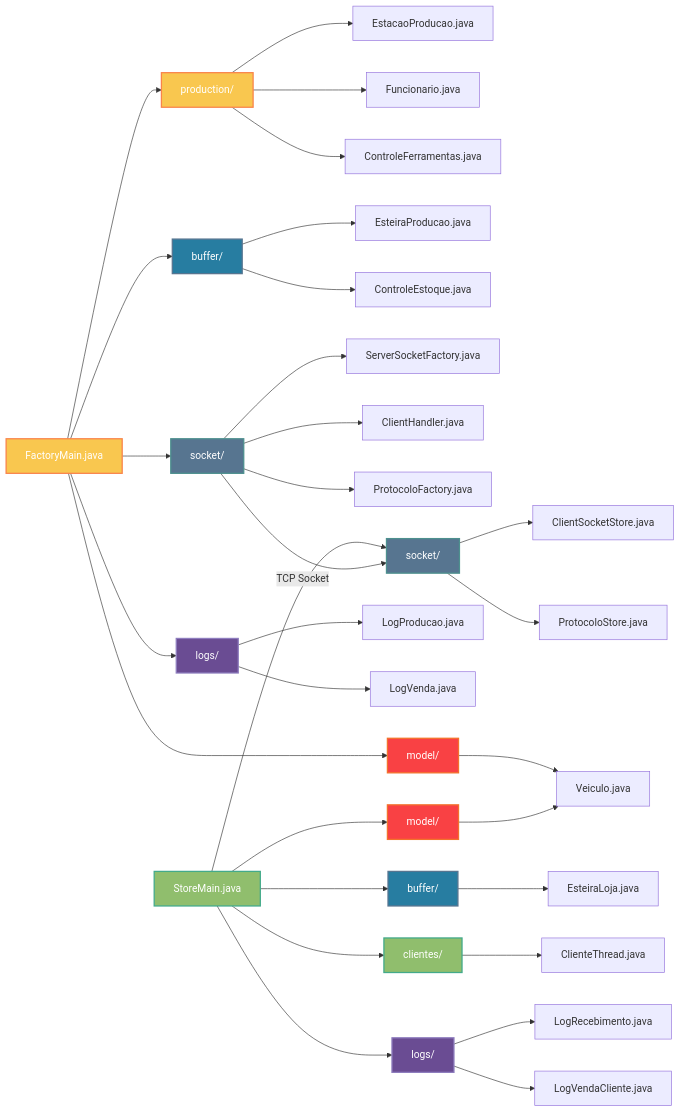
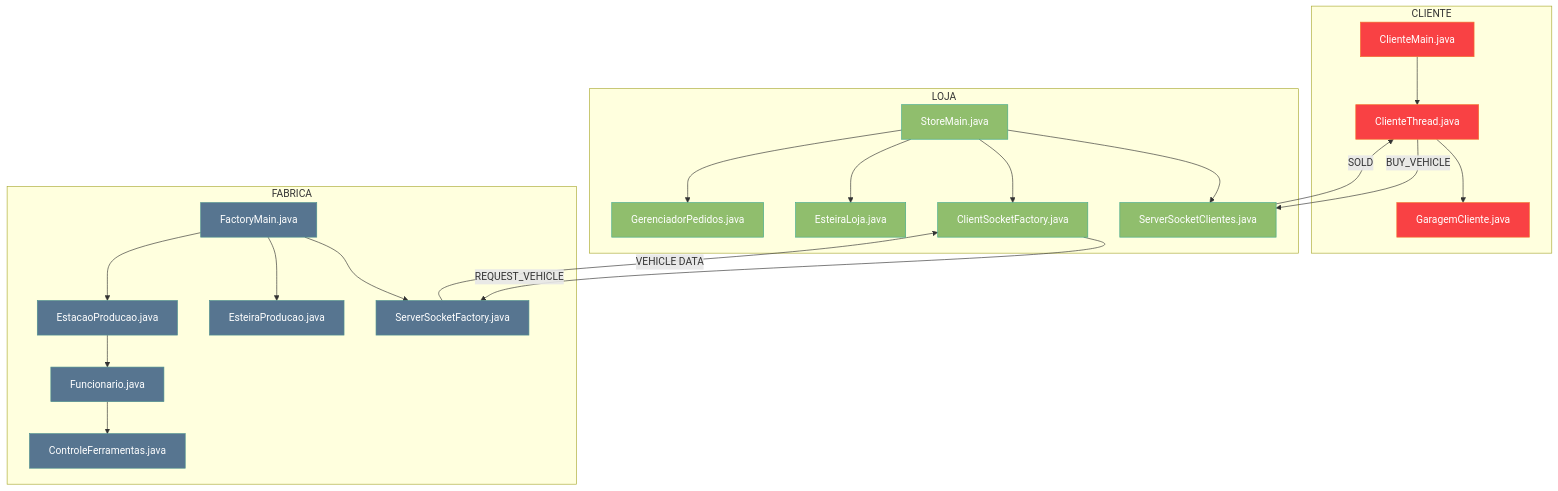
The diagram in arq.md (Well-Sonn/cadeiaDeProducao), drawn with Mermaid before and after one commit.

````diff
--- a/arq.md
+++ b/arq.md
@@ -1,72 +1,78 @@
 ```mermaid
-graph LR
+graph TD
 
     %% =========================
-    %% PROGRAMA FÁBRICA
+    %% CLIENTE
     %% =========================
-    A[FactoryMain.java] --> B[production/]
-    B --> EstacaoProducao.java
-    B --> Funcionario.java
-    B --> ControleFerramentas.java
-
-    A --> C[buffer/]
-    C --> EsteiraProducao.java
-    C --> ControleEstoque.java
-
-    A --> D[socket/]
-    D --> ServerSocketFactory.java
-    D --> ClientHandler.java
-    D --> ProtocoloFactory.java
-
-    A --> E[model/]
-    E --> Veiculo.java
-
-    A --> F[logs/]
-    F --> LogProducao.java
-    F --> LogVenda.java
+    subgraph CLIENTE
+        C1[ClienteMain.java]
+        C2[ClienteThread.java]
+        C3[GaragemCliente.java]
+    end
 
     %% =========================
-    %% PROGRAMA LOJA
+    %% LOJA
     %% =========================
-    G[StoreMain.java] --> H[socket/]
-    H --> ClientSocketStore.java
-    H --> ProtocoloStore.java
-
-    G --> I[buffer/]
-    I --> EsteiraLoja.java
-
-    G --> J[clientes/]
-    J --> ClienteThread.java
-
-    G --> K[model/]
-    K --> Veiculo.java
-
-    G --> L[logs/]
-    L --> LogRecebimento.java
-    L --> LogVendaCliente.java
+    subgraph LOJA
+        L1[StoreMain.java]
+        L2[ServerSocketClientes.java]
+        L3[ClientSocketFactory.java]
+        L4[EsteiraLoja.java]
+        L5[GerenciadorPedidos.java]
+    end
 
     %% =========================
-    %% COMUNICAÇÃO
+    %% FABRICA
     %% =========================
-    D -->|TCP Socket| H
+    subgraph FABRICA
+        F1[FactoryMain.java]
+        F2[ServerSocketFactory.java]
+        F3[EsteiraProducao.java]
+        F4[EstacaoProducao.java]
+        F5[Funcionario.java]
+        F6[ControleFerramentas.java]
+    end
 
     %% =========================
-    %% CLASSES VISUAIS
+    %% FLUXO INTERNO CLIENTE
     %% =========================
-    classDef factory fill:#f9c74f,stroke:#f9844a,stroke-width:2px,color:#fff;
-    classDef store fill:#90be6d,stroke:#43aa8b,stroke-width:2px,color:#fff;
-    classDef socket fill:#577590,stroke:#4d908e,stroke-width:2px,color:#fff;
-    classDef buffer fill:#277da1,stroke:#577590,stroke-width:2px,color:#fff;
-    classDef model fill:#f94144,stroke:#f3722c,stroke-width:2px,color:#fff;
-    classDef logs fill:#6a4c93,stroke:#8e7dbe,stroke-width:2px,color:#fff;
+    C1 --> C2
+    C2 --> C3
 
     %% =========================
-    %% APLICAÇÃO DAS CLASSES
+    %% FLUXO INTERNO LOJA
     %% =========================
-    class A,B,C,D,E,F factory;
-    class G,H,I,J,K,L store;
-    class D,H socket;
-    class C,I buffer;
-    class E,K model;
-    class F,L logs;
+    L1 --> L2
+    L1 --> L3
+    L1 --> L4
+    L1 --> L5
+
+    %% =========================
+    %% FLUXO INTERNO FABRICA
+    %% =========================
+    F1 --> F2
+    F1 --> F3
+    F1 --> F4
+    F4 --> F5
+    F5 --> F6
+
+    %% =========================
+    %% COMUNICAÇÃO ENTRE SISTEMAS
+    %% =========================
+    C2 -->|BUY_VEHICLE| L2
+    L3 -->|REQUEST_VEHICLE| F2
+
+    F2 -->|VEHICLE DATA| L3
+    L2 -->|SOLD| C2
+
+    %% =========================
+    %% ESTILOS
+    %% =========================
+    classDef cliente fill:#f94144,stroke:#f3722c,color:#fff;
+    classDef loja fill:#90be6d,stroke:#43aa8b,color:#fff;
+    classDef fabrica fill:#577590,stroke:#4d908e,color:#fff;
+
+    class C1,C2,C3 cliente;
+    class L1,L2,L3,L4,L5 loja;
+    class F1,F2,F3,F4,F5,F6 fabrica;
 ```
````
